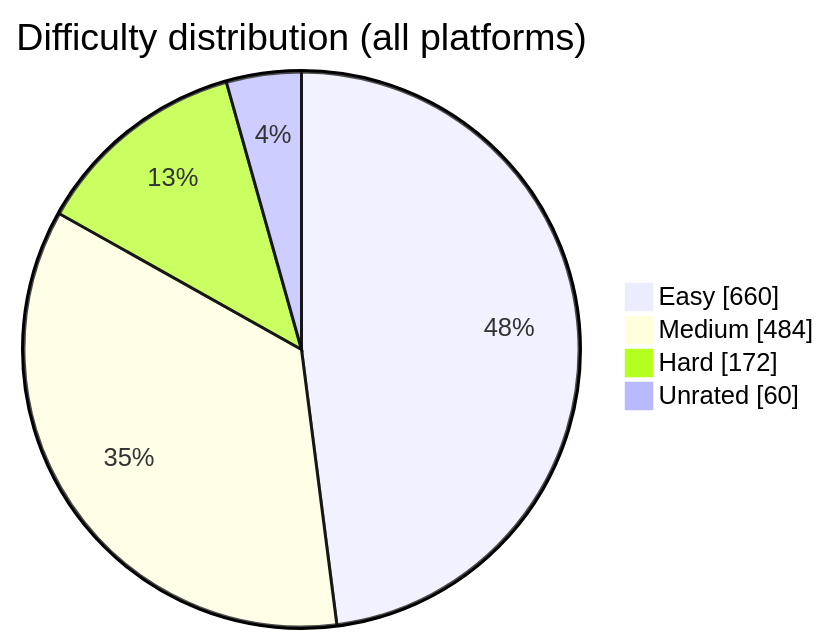
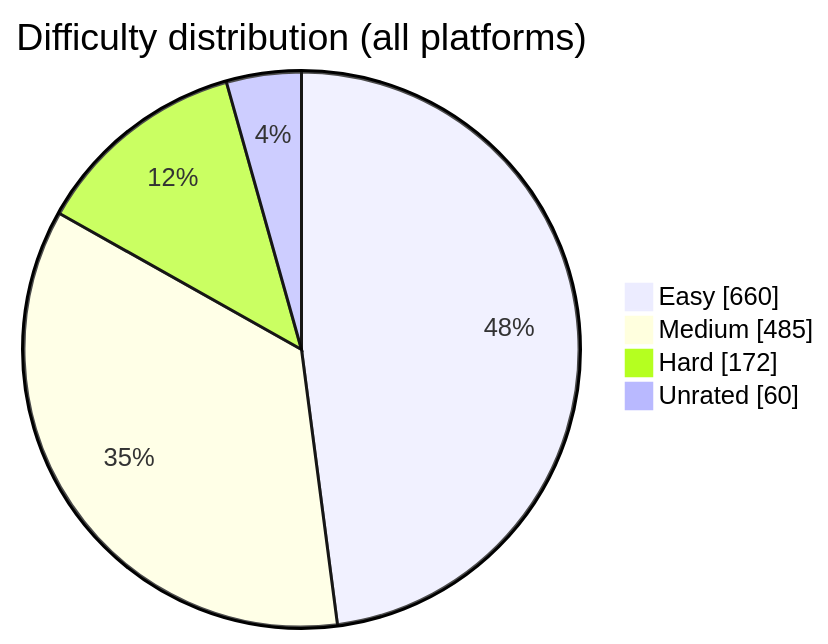
Before and after one commit to BuildbyArindam/Daily-Coding-Log: the diagram in README.md, drawn with Mermaid. The commit also changed other lines of this file, not shown here.

````diff
--- a/README.md
+++ b/README.md
@@ -93,7 +93,7 @@
 ```mermaid
 pie showData title Difficulty distribution (all platforms)
     "Easy" : 660
-    "Medium" : 484
+    "Medium" : 485
     "Hard" : 172
     "Unrated" : 60
 ```
````
